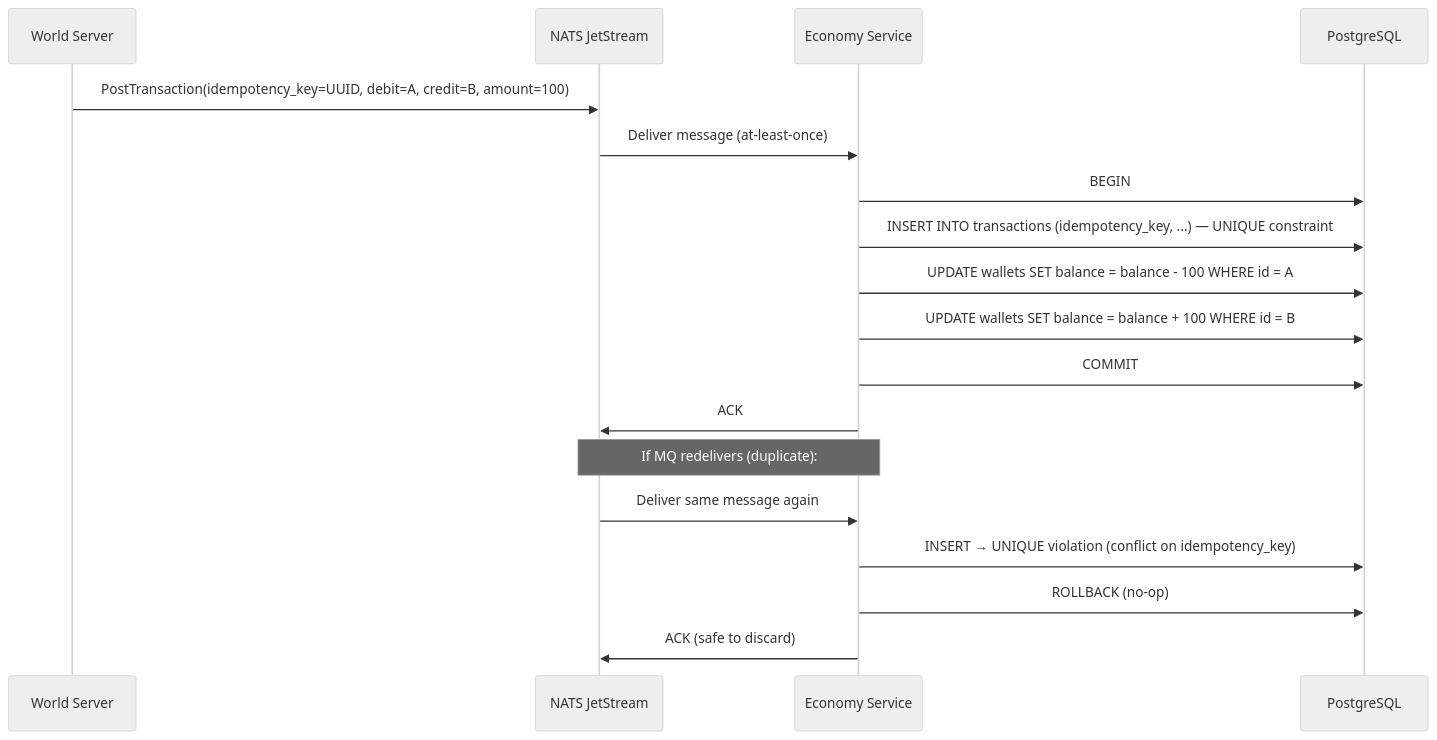
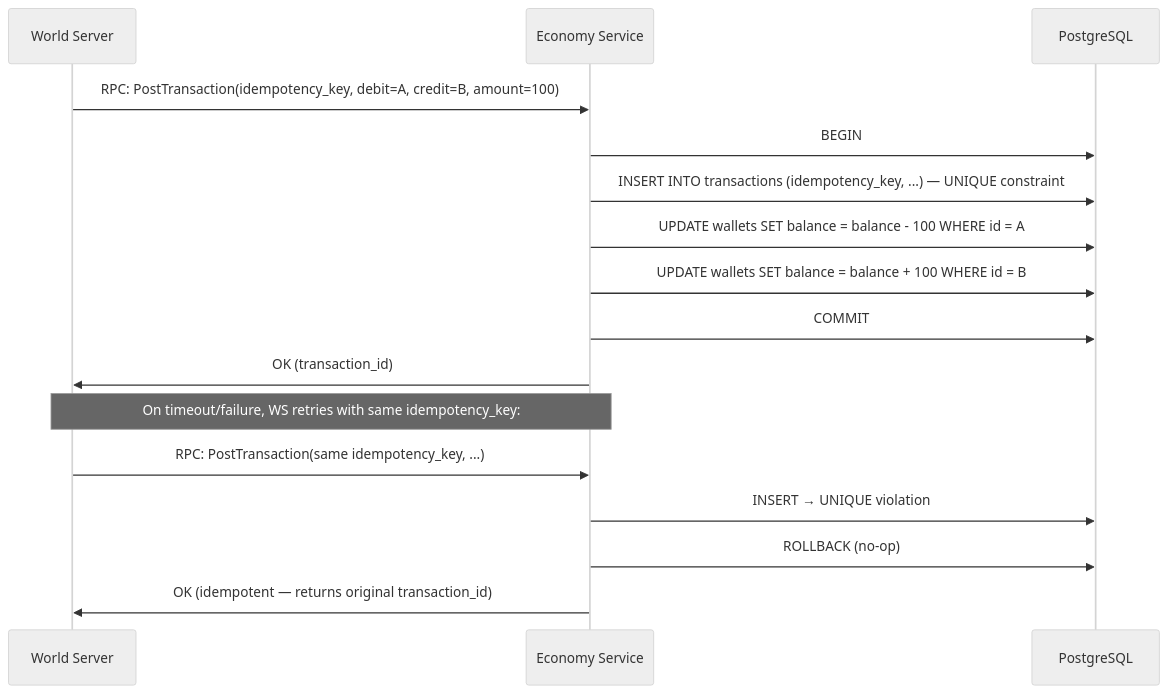
One commit to rhoninl/Aether changed diagram 23 of 29 in docs/design/DESIGN.md. Above: the diagram before and after it, drawn with Mermaid (neutral theme). The commit also changed other lines of this file, not shown here.

````diff
--- a/docs/design/DESIGN.md
+++ b/docs/design/DESIGN.md
@@ -935,22 +1006,20 @@
 ```mermaid
 sequenceDiagram
     participant WS as World Server
-    participant MQ as NATS JetStream
     participant ES as Economy Service
     participant DB as PostgreSQL
 
-    WS->>MQ: PostTransaction(idempotency_key=UUID, debit=A, credit=B, amount=100)
-    MQ->>ES: Deliver message (at-least-once)
+    WS->>ES: RPC: PostTransaction(idempotency_key, debit=A, credit=B, amount=100)
     ES->>DB: BEGIN
     ES->>DB: INSERT INTO transactions (idempotency_key, ...) — UNIQUE constraint
     ES->>DB: UPDATE wallets SET balance = balance - 100 WHERE id = A
     ES->>DB: UPDATE wallets SET balance = balance + 100 WHERE id = B
     ES->>DB: COMMIT
-    ES->>MQ: ACK
+    ES->>WS: OK (transaction_id)
 
-    Note over MQ,ES: If MQ redelivers (duplicate):
-    MQ->>ES: Deliver same message again
-    ES->>DB: INSERT → UNIQUE violation (conflict on idempotency_key)
+    Note over WS,ES: On timeout/failure, WS retries with same idempotency_key:
+    WS->>ES: RPC: PostTransaction(same idempotency_key, ...)
+    ES->>DB: INSERT → UNIQUE violation
     ES->>DB: ROLLBACK (no-op)
-    ES->>MQ: ACK (safe to discard)
+    ES->>WS: OK (idempotent — returns original transaction_id)
 ```
````
